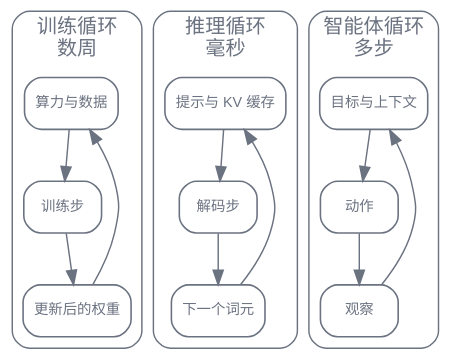
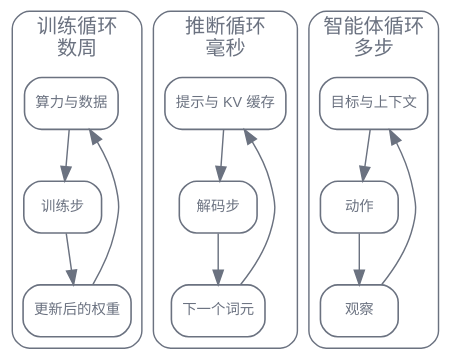
Before and after one commit to latere-ai/ai-as-an-infrastructure: the second of 2 diagrams in zh/orientation/02-field-map.qmd, drawn with Graphviz. The commit also changed other lines of this file and 128 other files, not shown here.

````diff
--- a/zh/orientation/02-field-map.qmd
+++ b/zh/orientation/02-field-map.qmd
@@ -120,46 +125,46 @@
 ```{dot}
 //| label: fig-field-map-three-loops
 //| fig-cap: "三个循环是同一个控制结构在三个时间尺度上的样子。每个都把输入经过一个步骤变成输出，输出再回到输入，变的只是载荷和时间尺度。"
 digraph {
   bgcolor="transparent";
   rankdir=TB;
   node [shape=box, style=rounded, fontsize=10, fontname="Helvetica", color="#6b7280", fontcolor="#6b7280", penwidth=1.1];
   edge [color="#6b7280", fontcolor="#6b7280"];
 
   subgraph cluster_train {
     label="训练循环\n数周";
     style=rounded;
     color="#6b7280";
     fontcolor="#6b7280";
     t_in [label="算力与数据"];
     t_step [label="训练步"];
     t_out [label="更新后的权重"];
     t_in -> t_step -> t_out;
     t_out -> t_in [constraint=false];
   }
 
   subgraph cluster_infer {
-    label="推理循环\n毫秒";
+    label="推断循环\n毫秒";
     style=rounded;
     color="#6b7280";
     fontcolor="#6b7280";
     i_in [label="提示与 KV 缓存"];
     i_step [label="解码步"];
     i_out [label="下一个词元"];
     i_in -> i_step -> i_out;
     i_out -> i_in [constraint=false];
   }
 
   subgraph cluster_agent {
     label="智能体循环\n多步";
     style=rounded;
     color="#6b7280";
     fontcolor="#6b7280";
     a_in [label="目标与上下文"];
     a_step [label="动作"];
     a_out [label="观察"];
     a_in -> a_step -> a_out;
     a_out -> a_in [constraint=false];
   }
 }
 ```
````
